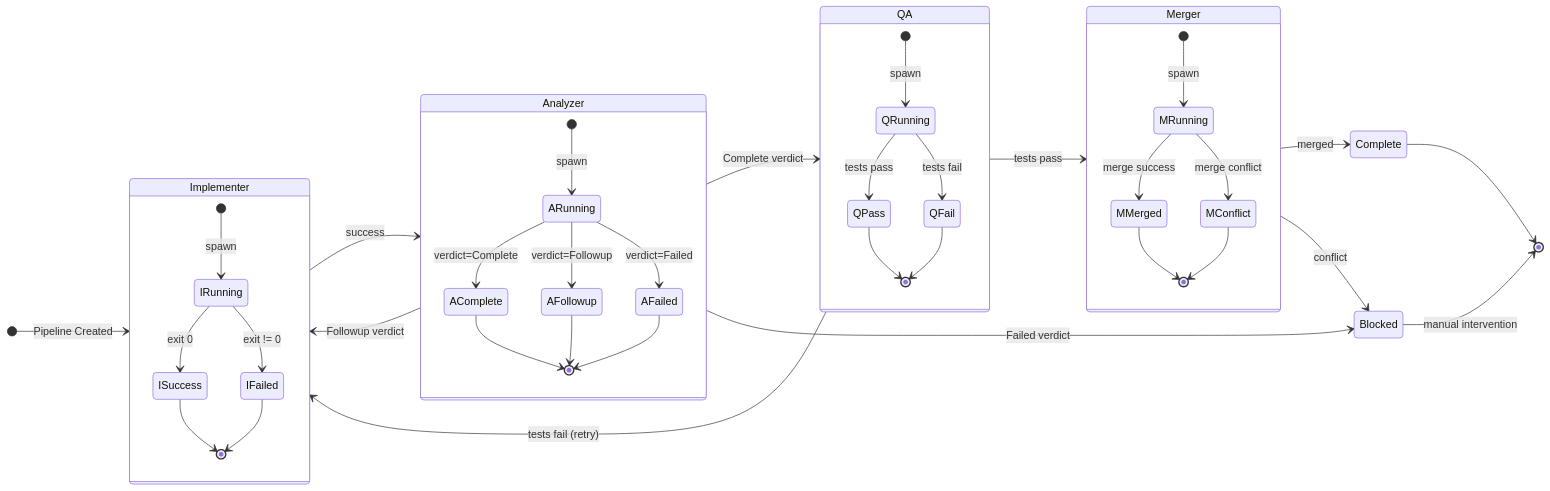
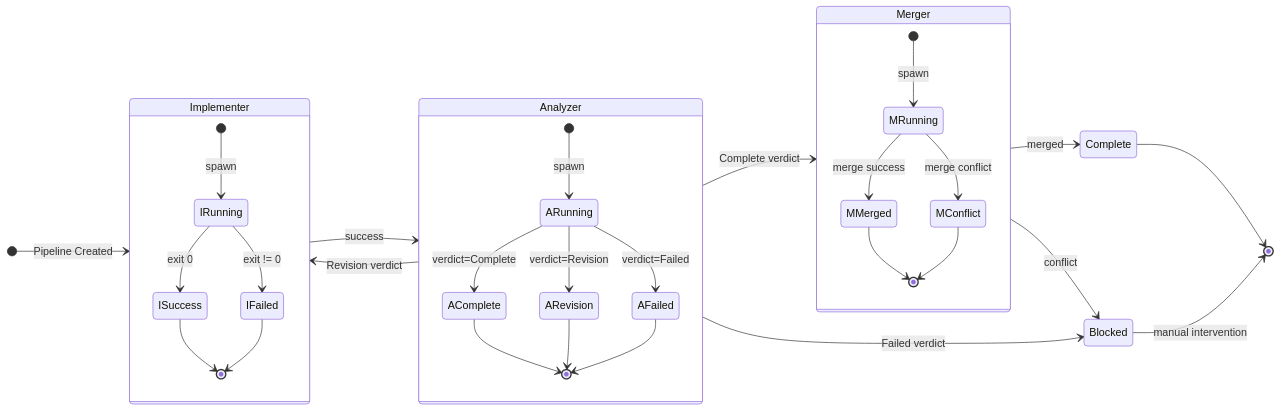
The first of 5 diagrams in docs/architecture/01-pipeline-coordination.md (mikel-martin-kuik/nolan), drawn with Mermaid before and after one commit. The commit also changed other lines of this file and 67 other files, not shown here.

First line of the commit message:
refactor: Migrate from Cronos/OpenCode to Scheduler-based architecture

````diff
--- a/docs/architecture/01-pipeline-coordination.md
+++ b/docs/architecture/01-pipeline-coordination.md
@@ -9,52 +11,42 @@
 ```mermaid
 stateDiagram-v2
     direction LR
 
     [*] --> Implementer: Pipeline Created
 
     state Implementer {
         [*] --> IRunning: spawn
         IRunning --> ISuccess: exit 0
         IRunning --> IFailed: exit != 0
         ISuccess --> [*]
         IFailed --> [*]
     }
 
     state Analyzer {
         [*] --> ARunning: spawn
         ARunning --> AComplete: verdict=Complete
-        ARunning --> AFollowup: verdict=Followup
+        ARunning --> ARevision: verdict=Revision
         ARunning --> AFailed: verdict=Failed
         AComplete --> [*]
-        AFollowup --> [*]
+        ARevision --> [*]
         AFailed --> [*]
-    }
-
-    state QA {
-        [*] --> QRunning: spawn
-        QRunning --> QPass: tests pass
-        QRunning --> QFail: tests fail
-        QPass --> [*]
-        QFail --> [*]
     }
 
     state Merger {
         [*] --> MRunning: spawn
         MRunning --> MMerged: merge success
         MRunning --> MConflict: merge conflict
         MMerged --> [*]
         MConflict --> [*]
     }
 
     Implementer --> Analyzer: success
-    Analyzer --> Implementer: Followup verdict
-    Analyzer --> QA: Complete verdict
+    Analyzer --> Implementer: Revision verdict
+    Analyzer --> Merger: Complete verdict
     Analyzer --> Blocked: Failed verdict
-    QA --> Merger: tests pass
-    QA --> Implementer: tests fail (retry)
     Merger --> Complete: merged
     Merger --> Blocked: conflict
 
     Complete --> [*]
     Blocked --> [*]: manual intervention
 ```
````
